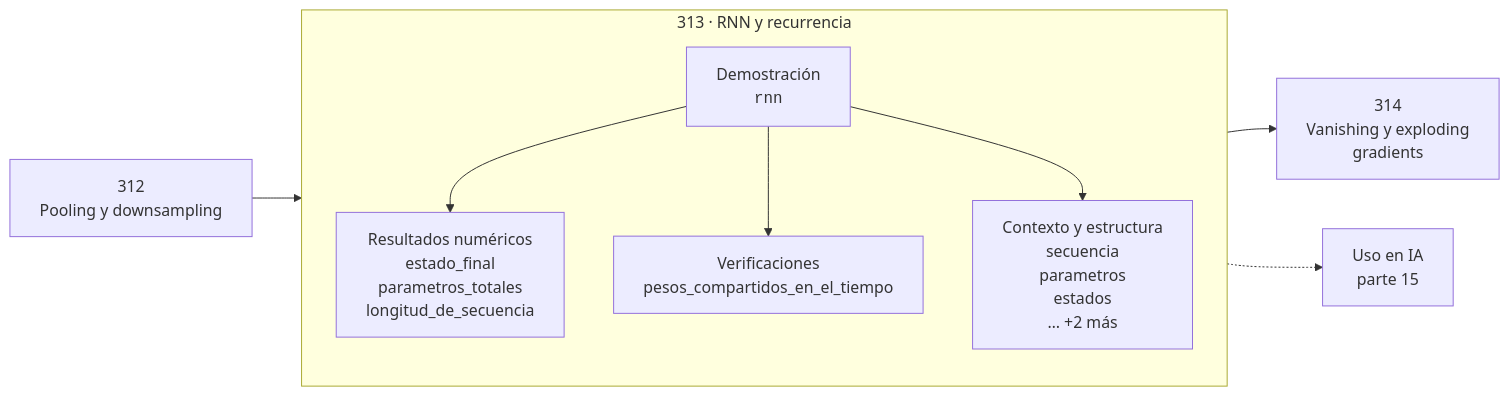
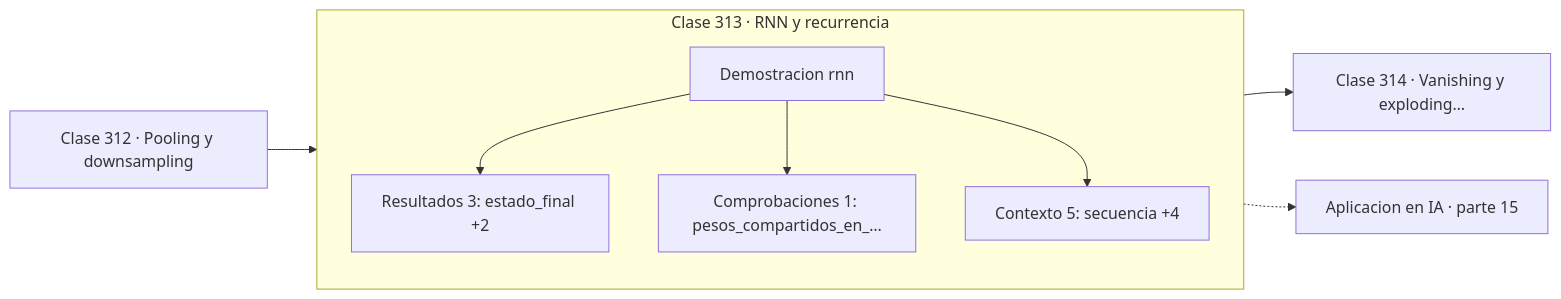
One commit to vladimiracunadev-create/computational-mathematics-program changed the diagram in classes/part-15-matematica-de-deep-learning/313-rnn-y-recurrencia/README.md. Above: the diagram before and after it, drawn with Mermaid. The commit also changed 389 other files, not shown here.

First line of the commit message:
fix(diagramas): elimina el HTML de las etiquetas Mermaid

````diff
--- a/classes/part-15-matematica-de-deep-learning/313-rnn-y-recurrencia/README.md
+++ b/classes/part-15-matematica-de-deep-learning/313-rnn-y-recurrencia/README.md
@@ -30,12 +30,13 @@
 ```mermaid
 flowchart LR
-    P["312<br/>Pooling y downsampling"] --> C
-    subgraph C["313 · RNN y recurrencia"]
+    P["Clase 312 · Pooling y downsampling"] --> D
+    subgraph CLASE["Clase 313 · RNN y recurrencia"]
         direction TB
-        D["Demostración<br/><code>rnn</code>"] --> R["Resultados numéricos<br/>estado_final<br/>parametros_totales<br/>longitud_de_secuencia"]
-        D --> V["Verificaciones<br/>pesos_compartidos_en_el_tiempo"]
-        D --> O["Contexto y estructura<br/>secuencia<br/>parametros<br/>estados<br/>… +2 más"]
+        D["Demostracion rnn"]
+        D --> R["Resultados 3: estado_final +2"]
+        D --> V["Comprobaciones 1: pesos_compartidos_en_…"]
+        D --> O["Contexto 5: secuencia +4"]
     end
-    C --> N["314<br/>Vanishing y exploding<br/>gradients"]
-    C -.-> IA["Uso en IA<br/>parte 15"]
+    R --> N["Clase 314 · Vanishing y exploding…"]
+    V -.-> IA["Aplicacion en IA · parte 15"]
 ```
````
